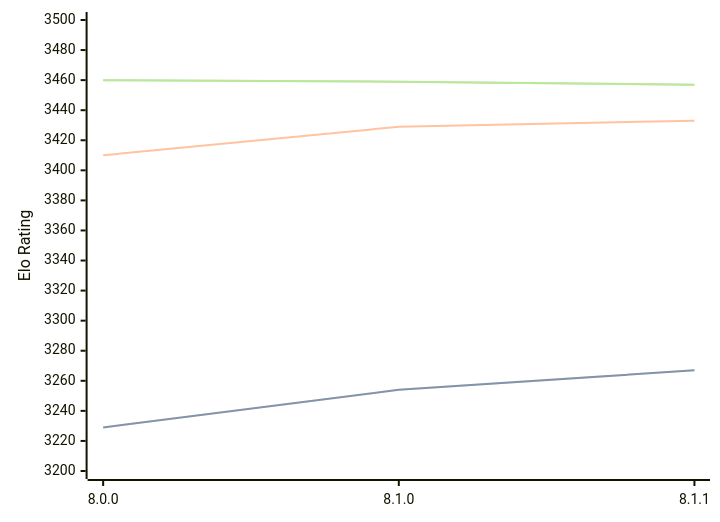
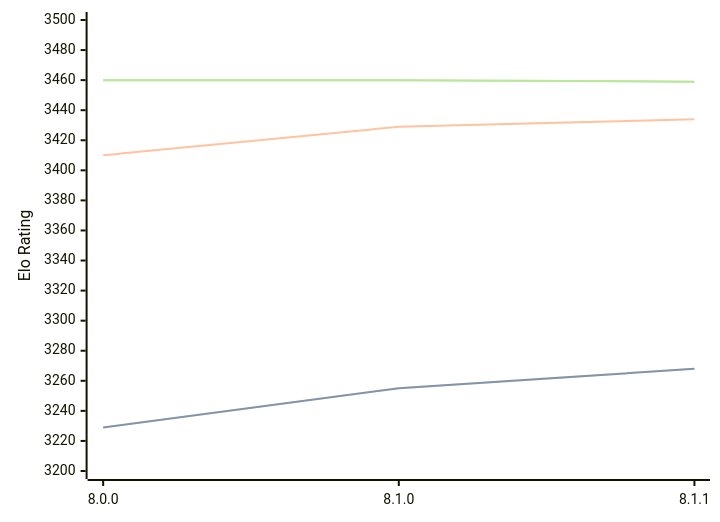
Before and after one commit to computer-chess-index/cci: the diagram in engines/Velvet.md, drawn with Mermaid. The commit also changed other lines of this file, not shown here.

Commit message:
Update CCI Ratings (ELO VLTC) - 2026-07-24

````diff
--- a/engines/Velvet.md
+++ b/engines/Velvet.md
@@ -57,11 +57,11 @@
 ```mermaid
 %%{init: {"theme":"base","themeVariables":{"seriesColors:['#a3a3a3','#222221','#faa371']}}}%%
 xychart-beta
   x-axis ["8.0.0", "8.1.0", "8.1.1"]
   y-axis "Elo Rating" 3200 --> 3500
-  line "STC (8.0+0.08s)" [3229, 3254, 3267]
-  line "STC (8.0+0.08s)" [3229, 3254, 3267]
-  line "LTC (60.0+0.60s)" [3410, 3429, 3433]
-  line "VLTC (2m24s+1.12s)" [3460, 3459, 3457]
-  line "VLTC (2m24s+1.12s)" [3460, 3459, 3457]
+  line "STC (8.0+0.08s)" [3229, 3255, 3268]
+  line "STC (8.0+0.08s)" [3229, 3255, 3268]
+  line "LTC (60.0+0.60s)" [3410, 3429, 3434]
+  line "VLTC (2m24s+1.12s)" [3460, 3460, 3459]
+  line "VLTC (2m24s+1.12s)" [3460, 3460, 3459]
 ```
````
